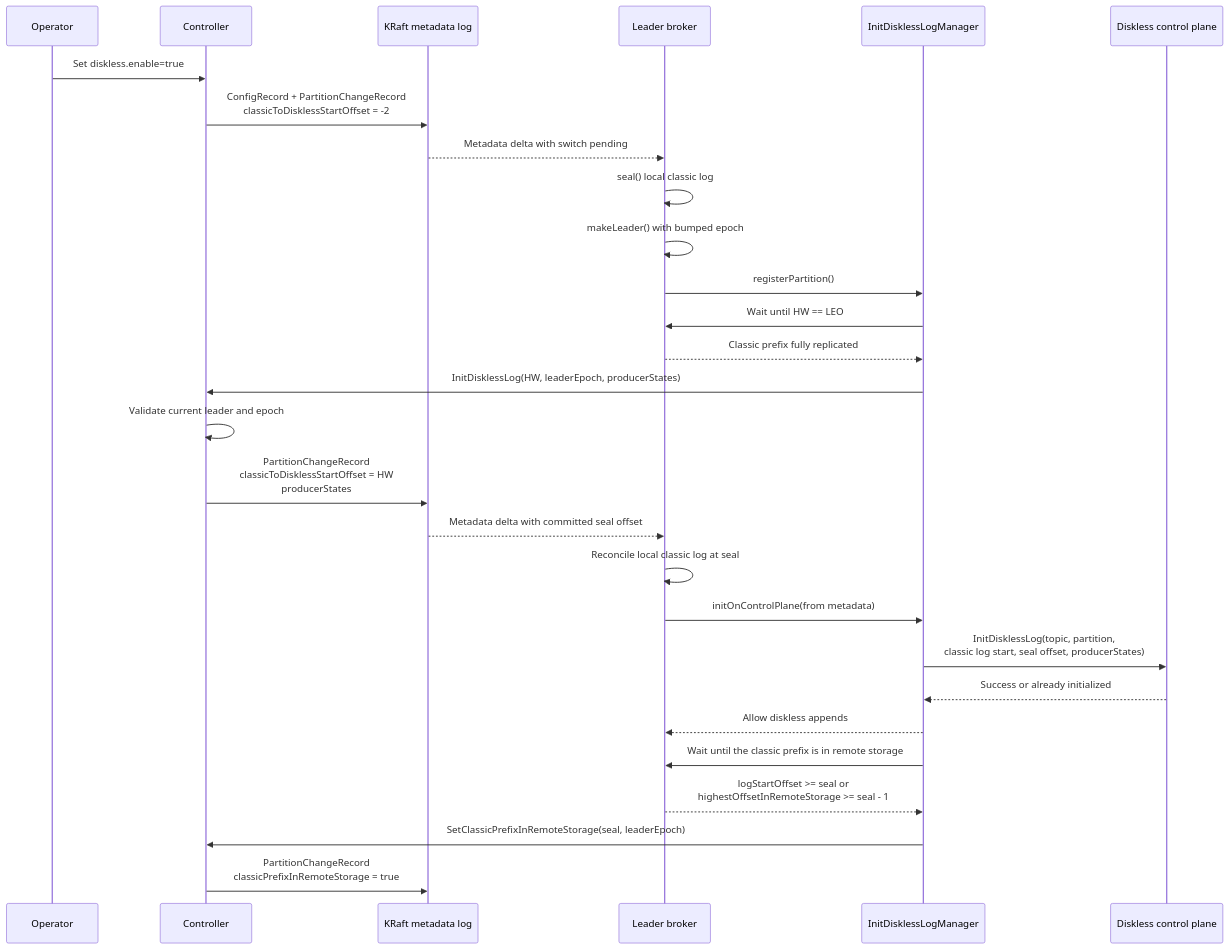
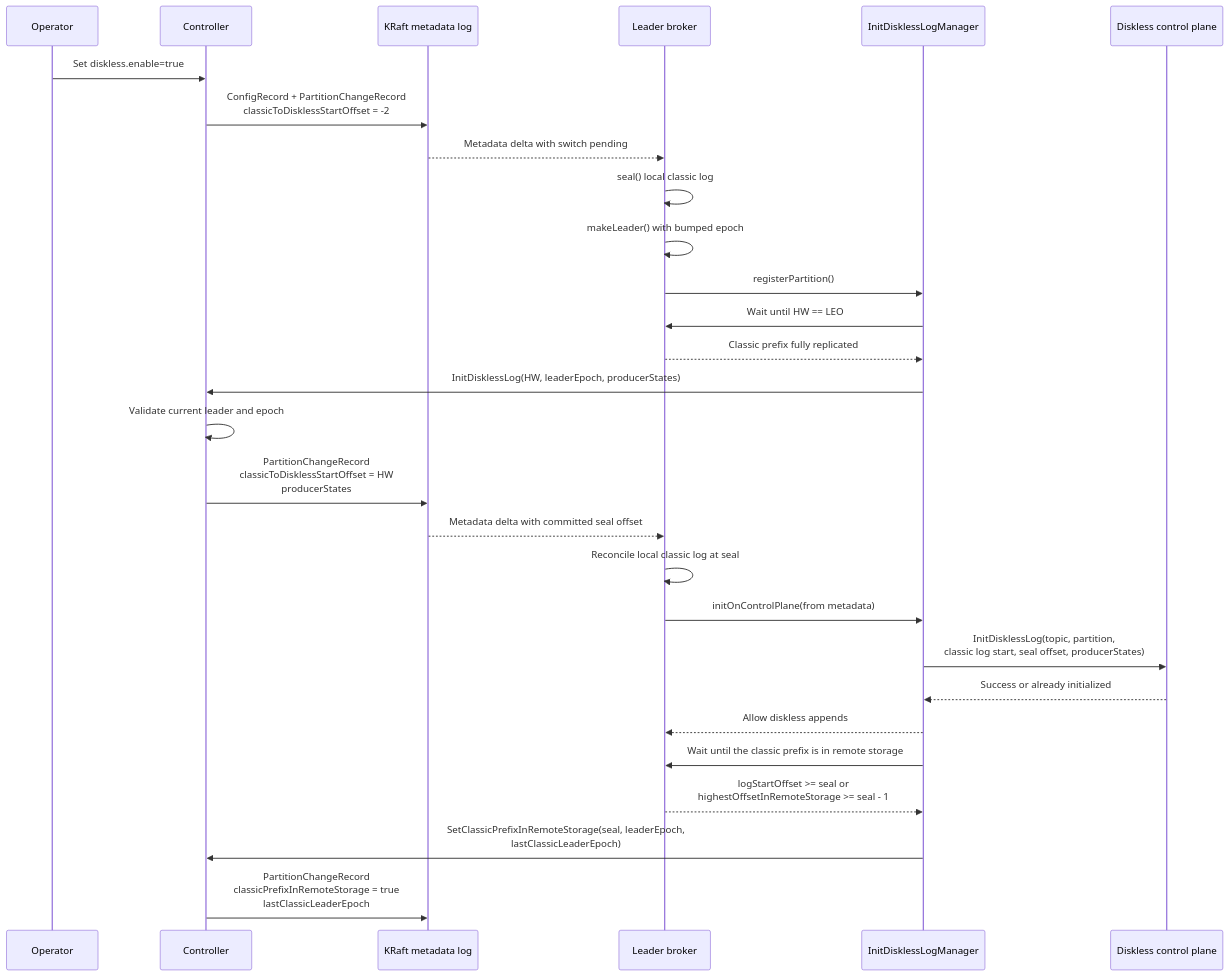
One commit to aiven/inkless changed the diagram in docs/inkless/CLASSIC_TO_DISKLESS_SWITCH.md. Above: the diagram before and after it, drawn with Mermaid. The commit also changed other lines of this file and 18 other files, not shown here.

````diff
--- a/docs/inkless/CLASSIC_TO_DISKLESS_SWITCH.md
+++ b/docs/inkless/CLASSIC_TO_DISKLESS_SWITCH.md
@@ -40,36 +41,36 @@
 ```mermaid
 sequenceDiagram
     participant Operator
     participant Controller
     participant MetadataLog as KRaft metadata log
     participant Leader as Leader broker
     participant InitManager as InitDisklessLogManager
     participant ControlPlane as Diskless control plane
 
     Operator->>Controller: Set diskless.enable=true
     Controller->>MetadataLog: ConfigRecord + PartitionChangeRecord<br/>classicToDisklessStartOffset = -2
     MetadataLog-->>Leader: Metadata delta with switch pending
 
     Leader->>Leader: seal() local classic log
     Leader->>Leader: makeLeader() with bumped epoch
     Leader->>InitManager: registerPartition()
 
     InitManager->>Leader: Wait until HW == LEO
     Leader-->>InitManager: Classic prefix fully replicated
     InitManager->>Controller: InitDisklessLog(HW, leaderEpoch, producerStates)
 
     Controller->>Controller: Validate current leader and epoch
     Controller->>MetadataLog: PartitionChangeRecord<br/>classicToDisklessStartOffset = HW<br/>producerStates
     MetadataLog-->>Leader: Metadata delta with committed seal offset
 
     Leader->>Leader: Reconcile local classic log at seal
     Leader->>InitManager: initOnControlPlane(from metadata)
     InitManager->>ControlPlane: InitDisklessLog(topic, partition,<br/>classic log start, seal offset, producerStates)
     ControlPlane-->>InitManager: Success or already initialized
     InitManager-->>Leader: Allow diskless appends
 
     InitManager->>Leader: Wait until the classic prefix is in remote storage
     Leader-->>InitManager: logStartOffset >= seal or<br/>highestOffsetInRemoteStorage >= seal - 1
-    InitManager->>Controller: SetClassicPrefixInRemoteStorage(seal, leaderEpoch)
-    Controller->>MetadataLog: PartitionChangeRecord<br/>classicPrefixInRemoteStorage = true
+    InitManager->>Controller: SetClassicPrefixInRemoteStorage(seal, leaderEpoch,<br/>lastClassicLeaderEpoch)
+    Controller->>MetadataLog: PartitionChangeRecord<br/>classicPrefixInRemoteStorage = true<br/>lastClassicLeaderEpoch
 ```
````
